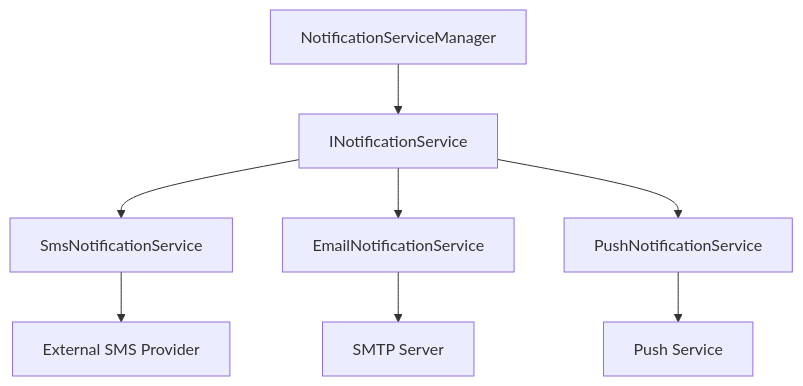
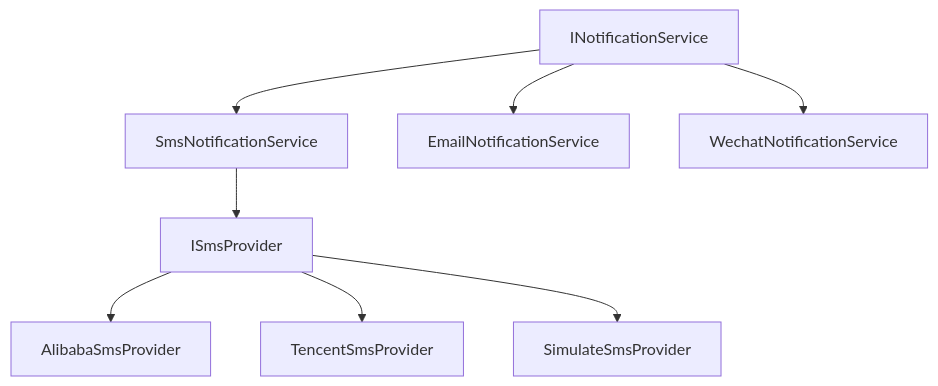
One commit to opensabre/base-sysadmin changed the first of 3 diagrams in NOTIFICATION_MODULE_DESIGN.md. Above: the diagram before and after it, drawn with Mermaid. The commit also changed other lines of this file and 1 other file, not shown here.

Commit message:
Update notification module documentation to match actual implementation

````diff
--- a/NOTIFICATION_MODULE_DESIGN.md
+++ b/NOTIFICATION_MODULE_DESIGN.md
@@ -13,10 +13,10 @@
 ```mermaid
 graph TB
-    A[NotificationServiceManager] --> B[INotificationService]
-    B --> C[SmsNotificationService]
-    B --> D[EmailNotificationService]
-    B --> E[PushNotificationService]
-    C --> F[External SMS Provider]
-    D --> G[SMTP Server]
-    E --> H[Push Service]
+    A[INotificationService] --> B[SmsNotificationService]
+    A --> C[EmailNotificationService]
+    A --> D[WechatNotificationService]
+    B --> E[ISmsProvider]
+    E --> F[AlibabaSmsProvider]
+    E --> G[TencentSmsProvider]
+    E --> H[SimulateSmsProvider]
 ```
````
